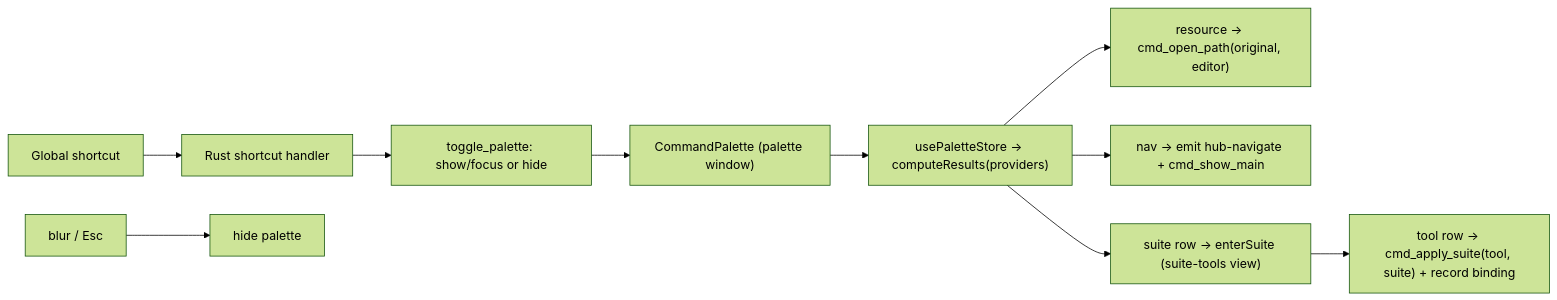
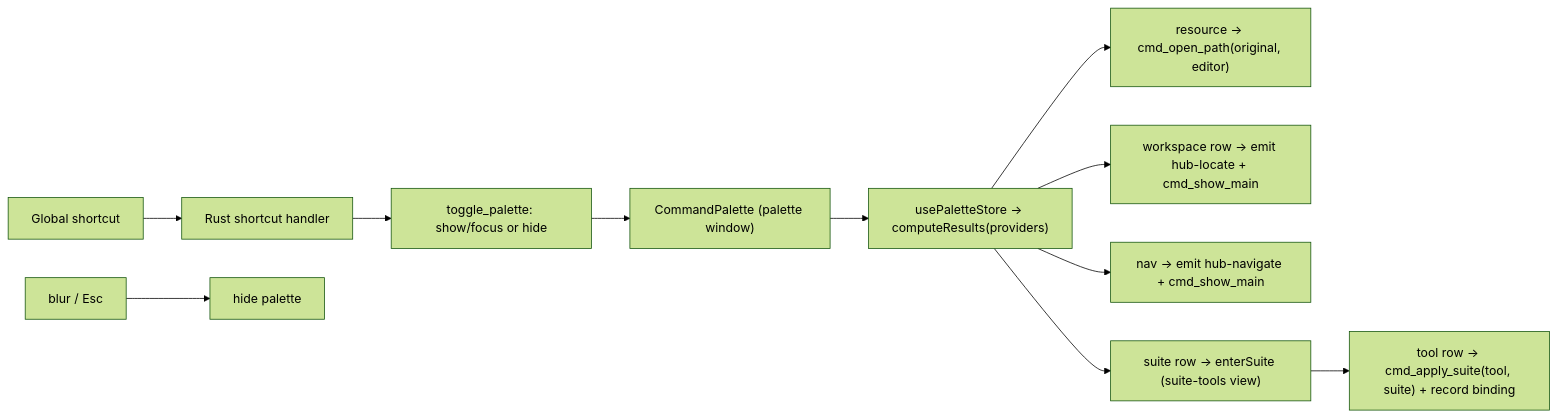
The diagram in docs/features/command-palette.md (elaboration-studio/agentic-hub), drawn with Mermaid (forest theme) before and after one commit. The commit also changed other lines of this file and 20 other files, not shown here.

First line of the commit message:
feat(palette): search & locate workspace inventory items

````diff
--- a/docs/features/command-palette.md
+++ b/docs/features/command-palette.md
@@ -54,12 +58,13 @@
 ```mermaid
 flowchart LR
   shortcut["Global shortcut"] --> handler["Rust shortcut handler"]
   handler --> toggle["toggle_palette: show/focus or hide"]
   toggle --> ui["CommandPalette (palette window)"]
   ui --> store["usePaletteStore -> computeResults(providers)"]
   store --> resource["resource -> cmd_open_path(original, editor)"]
+  store --> workspace["workspace row -> emit hub-locate + cmd_show_main"]
   store --> nav["nav -> emit hub-navigate + cmd_show_main"]
   store --> suite["suite row -> enterSuite (suite-tools view)"]
   suite --> applyRow["tool row -> cmd_apply_suite(tool, suite) + record binding"]
   blur["blur / Esc"] --> hide["hide palette"]
 ```
````
